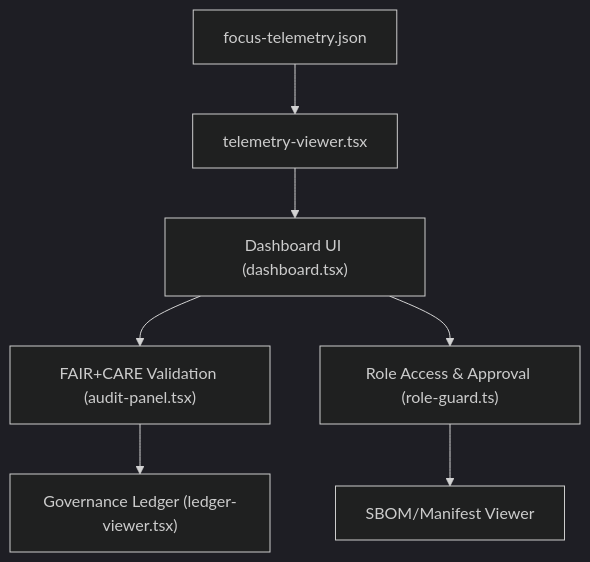
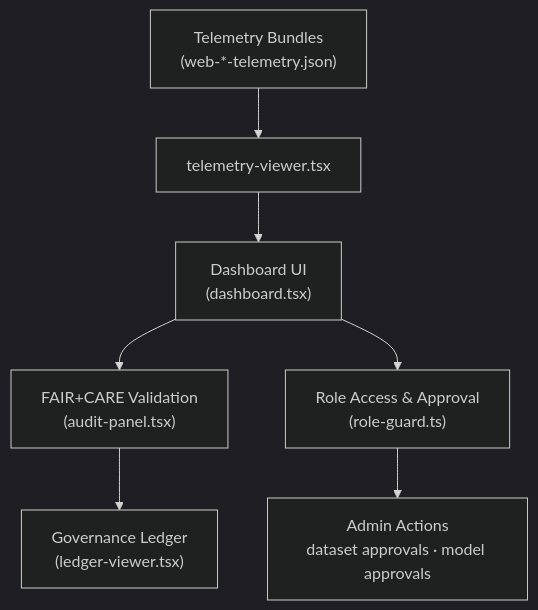
Before and after one commit to bartytime4life/Kansas-Frontier-Matrix: the diagram in web/src/features/admin/README.md, drawn with Mermaid (dark theme). The commit also changed other lines of this file, not shown here.

````diff
--- a/web/src/features/admin/README.md
+++ b/web/src/features/admin/README.md
@@ -73,9 +144,9 @@
-```mermaid
+~~~mermaid
 flowchart TD
-  A["focus-telemetry.json"] --> B["telemetry-viewer.tsx"]
-  B --> C["Dashboard UI (dashboard.tsx)"]
-  C --> D["FAIR+CARE Validation (audit-panel.tsx)"]
-  D --> E["Governance Ledger (ledger-viewer.tsx)"]
-  C --> F["Role Access & Approval (role-guard.ts)"]
-  F --> G["SBOM/Manifest Viewer"]
-```
+  A["Telemetry Bundles<br/>(web-*-telemetry.json)"] --> B["telemetry-viewer.tsx"]
+  B --> C["Dashboard UI<br/>(dashboard.tsx)"]
+  C --> D["FAIR+CARE Validation<br/>(audit-panel.tsx)"]
+  D --> E["Governance Ledger<br/>(ledger-viewer.tsx)"]
+  C --> F["Role Access & Approval<br/>(role-guard.ts)"]
+  F --> G["Admin Actions<br/>dataset approvals · model approvals"]
+~~~
````
